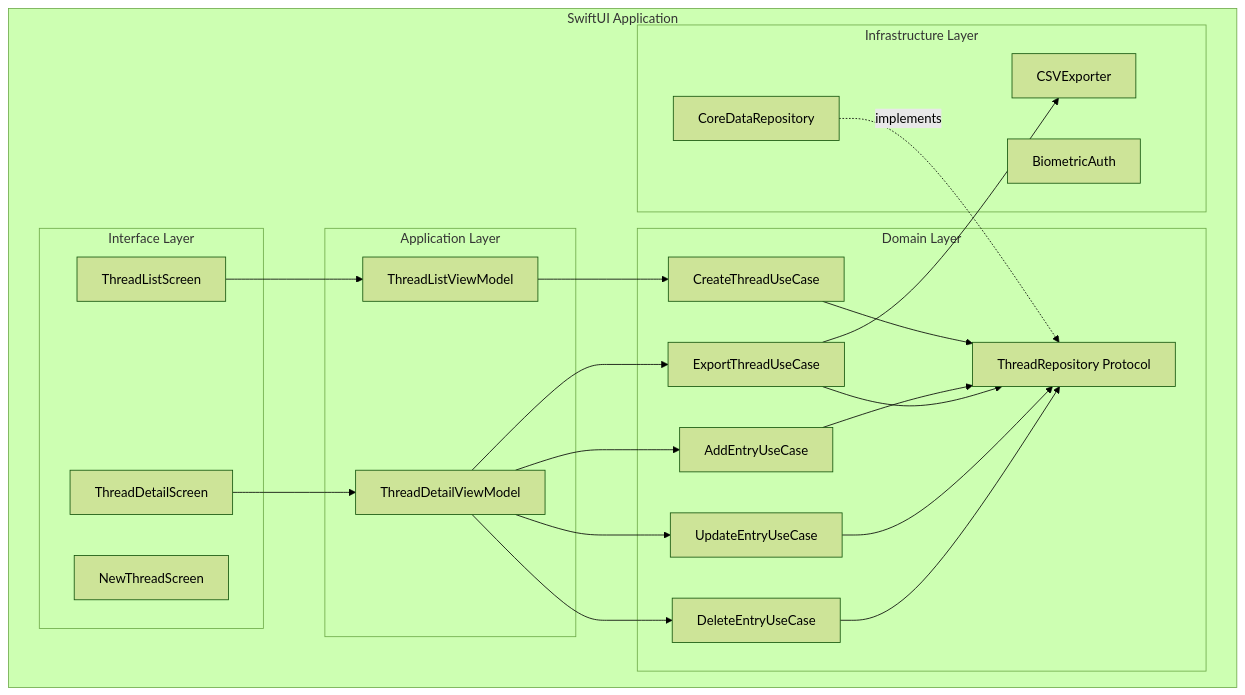
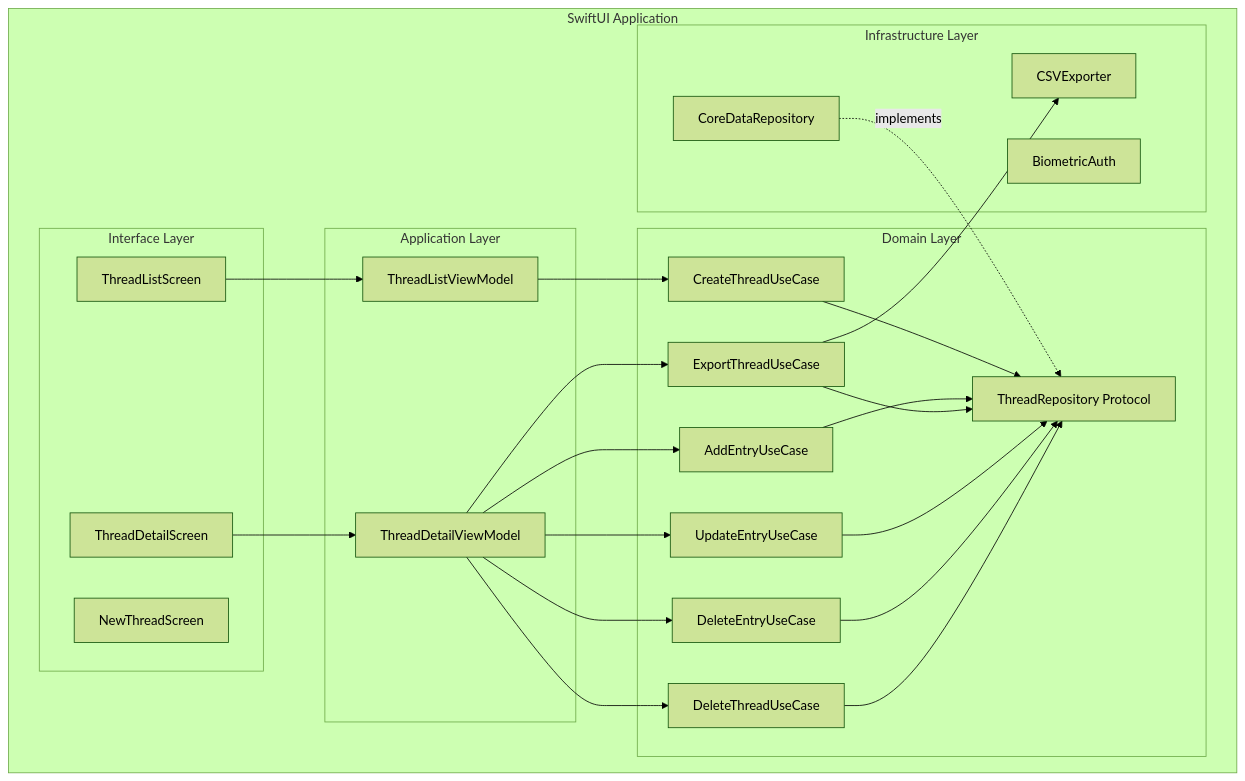
Before and after one commit to ericzhou129/ThreadJournal2: the fifth of 11 diagrams in Engineering/Technical-Implementation-Plan.md, drawn with Mermaid (forest theme). The commit also changed other lines of this file and 19 other files, not shown here.

First line of the commit message:
feat: Implement thread soft delete foundation (TICKETS 001-004)

````diff
--- a/Engineering/Technical-Implementation-Plan.md
+++ b/Engineering/Technical-Implementation-Plan.md
@@ -222,45 +228,48 @@
 ```mermaid
 graph TB
     subgraph "SwiftUI Application"
         subgraph "Interface Layer"
             TLS[ThreadListScreen]
             TDS[ThreadDetailScreen]
             NTS[NewThreadScreen]
         end
         
         subgraph "Application Layer"
             TLV[ThreadListViewModel]
             TDV[ThreadDetailViewModel]
         end
         
         subgraph "Domain Layer"
             CTU[CreateThreadUseCase]
             AEU[AddEntryUseCase]
             ETU[ExportThreadUseCase]
             UEU[UpdateEntryUseCase]
             DEU[DeleteEntryUseCase]
+            DTU[DeleteThreadUseCase]
             TR[ThreadRepository Protocol]
         end
         
         subgraph "Infrastructure Layer"
             CDR[CoreDataRepository]
             CSV[CSVExporter]
             BIO[BiometricAuth]
         end
     end
     
     TLS --> TLV
     TDS --> TDV
     TLV --> CTU
     TDV --> AEU
     TDV --> ETU
     TDV --> UEU
     TDV --> DEU
+    TDV --> DTU
     CTU --> TR
     AEU --> TR
     ETU --> TR
     UEU --> TR
     DEU --> TR
+    DTU --> TR
     CDR -.implements.-> TR
     ETU --> CSV
 ```
````
